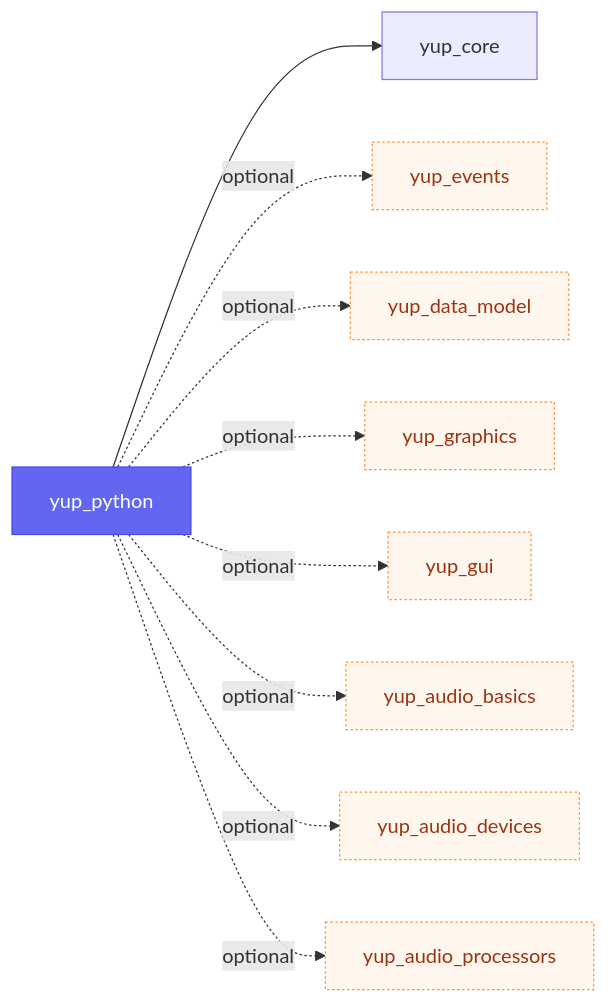
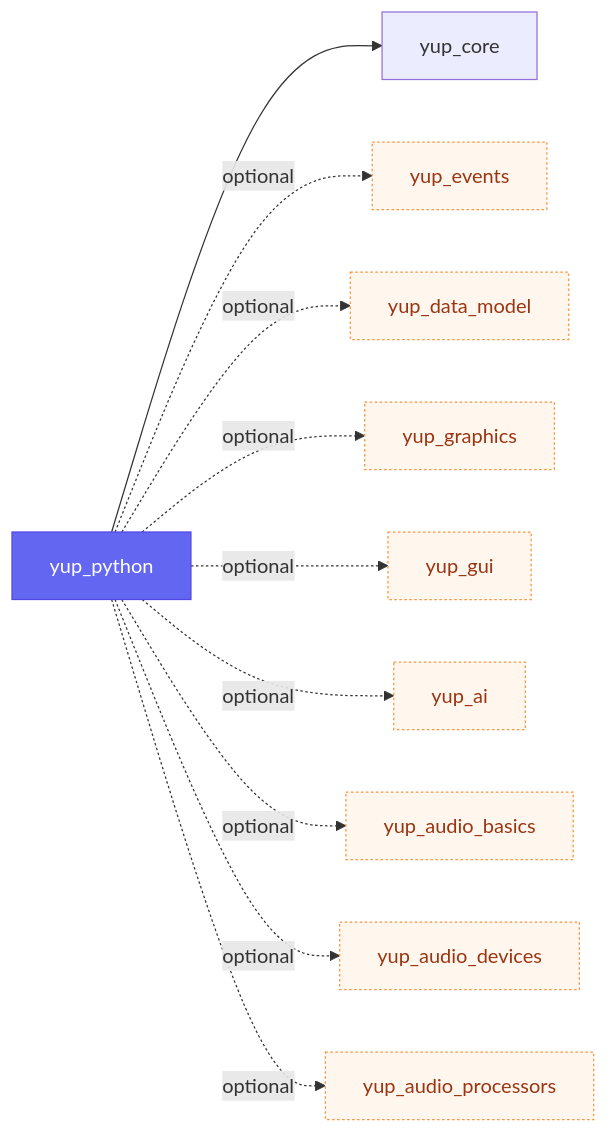
Before and after one commit to kunitoki/yup: diagram 19 of 20 in docs/modules.md, drawn with Mermaid. The commit also changed other lines of this file and 9 other files, not shown here.

````diff
--- a/docs/modules.md
+++ b/docs/modules.md
@@ -346,14 +364,15 @@
 ```mermaid
 flowchart LR
     yup_python:::self --> yup_core
     yup_python -. optional .-> yup_events:::opt
     yup_python -. optional .-> yup_data_model:::opt
     yup_python -. optional .-> yup_graphics:::opt
     yup_python -. optional .-> yup_gui:::opt
+    yup_python -. optional .-> yup_ai:::opt
     yup_python -. optional .-> yup_audio_basics:::opt
     yup_python -. optional .-> yup_audio_devices:::opt
     yup_python -. optional .-> yup_audio_processors:::opt
     classDef self fill:#6366f1,color:#fff,stroke:#4f46e5;
     classDef ext fill:#f3f4f6,color:#374151,stroke:#9ca3af,stroke-dasharray:4 3;
     classDef opt fill:#fff7ed,color:#9a3412,stroke:#fb923c,stroke-dasharray:2 2;
 ```
````
